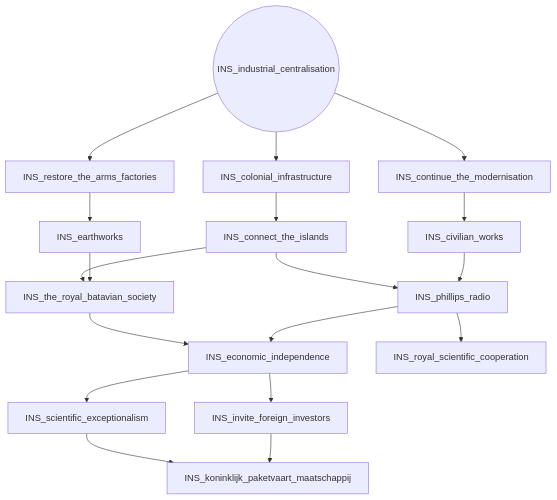
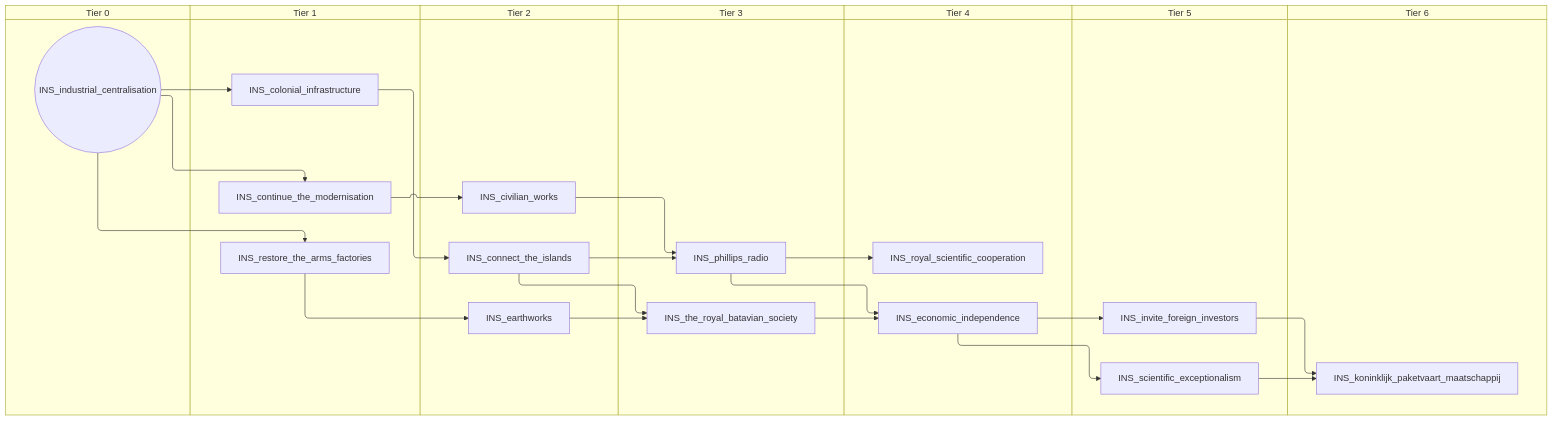
Before and after one commit to evgeny-sobol/hoi4-sandbox-mode-r56: the first of 6 diagrams in docs/gdd/National Focuses/r56/r56_indonesia.md, drawn with Mermaid. The commit also changed other lines of this file and 423 other files, not shown here.

First line of the commit message:
Re-export Rt56 focus trees as swimlane diagrams

````diff
--- a/docs/gdd/National Focuses/r56/r56_indonesia.md
+++ b/docs/gdd/National Focuses/r56/r56_indonesia.md
@@ -3,34 +3,48 @@
 ```mermaid
-flowchart TD
-    n1["INS_civilian_works"]
-    n2["INS_colonial_infrastructure"]
-    n3["INS_connect_the_islands"]
-    n4["INS_continue_the_modernisation"]
-    n5["INS_earthworks"]
-    n6["INS_economic_independence"]
-    n7(("INS_industrial_centralisation"))
-    n8["INS_invite_foreign_investors"]
-    n9["INS_koninklijk_paketvaart_maatschappij"]
-    n10["INS_phillips_radio"]
-    n11["INS_restore_the_arms_factories"]
-    n12["INS_royal_scientific_cooperation"]
-    n13["INS_scientific_exceptionalism"]
-    n14["INS_the_royal_batavian_society"]
-    n4 --> n1
-    n7 --> n2
-    n2 --> n3
-    n7 --> n4
-    n11 --> n5
-    n10 --> n6
-    n14 --> n6
+swimlane-beta TD
+    subgraph tier_0["Tier 0"]
+        n1(("INS_industrial_centralisation"))
+    end
+    subgraph tier_1["Tier 1"]
+        n2["INS_colonial_infrastructure"]
+        n3["INS_continue_the_modernisation"]
+        n4["INS_restore_the_arms_factories"]
+    end
+    subgraph tier_2["Tier 2"]
+        n5["INS_civilian_works"]
+        n6["INS_connect_the_islands"]
+        n7["INS_earthworks"]
+    end
+    subgraph tier_3["Tier 3"]
+        n8["INS_phillips_radio"]
+        n9["INS_the_royal_batavian_society"]
+    end
+    subgraph tier_4["Tier 4"]
+        n10["INS_economic_independence"]
+        n11["INS_royal_scientific_cooperation"]
+    end
+    subgraph tier_5["Tier 5"]
+        n12["INS_invite_foreign_investors"]
+        n13["INS_scientific_exceptionalism"]
+    end
+    subgraph tier_6["Tier 6"]
+        n14["INS_koninklijk_paketvaart_maatschappij"]
+    end
+    n3 --> n5
+    n1 --> n2
+    n2 --> n6
+    n1 --> n3
+    n4 --> n7
+    n8 --> n10
+    n9 --> n10
+    n10 --> n12
+    n12 --> n14
+    n13 --> n14
+    n5 --> n8
     n6 --> n8
-    n8 --> n9
-    n13 --> n9
-    n1 --> n10
-    n3 --> n10
-    n7 --> n11
-    n10 --> n12
-    n6 --> n13
-    n5 --> n14
-    n3 --> n14
+    n1 --> n4
+    n8 --> n11
+    n10 --> n13
+    n7 --> n9
+    n6 --> n9
 ```
````
